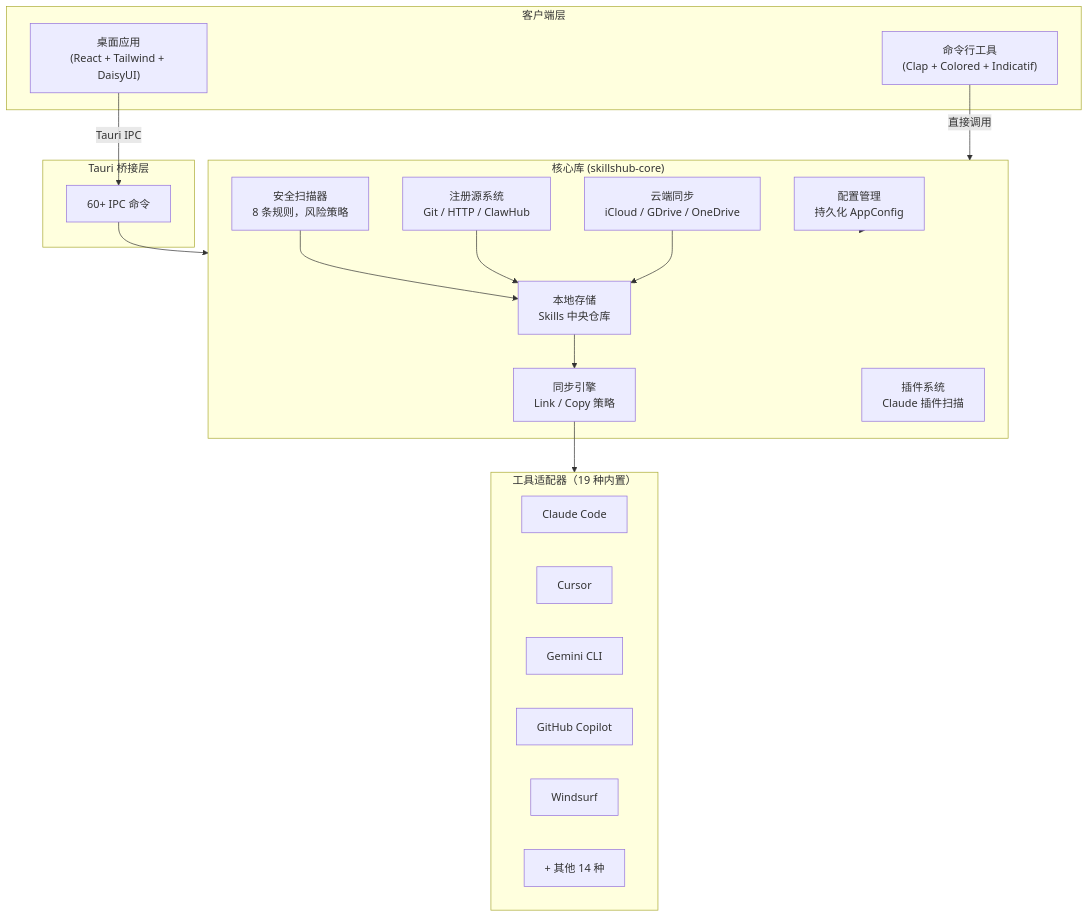
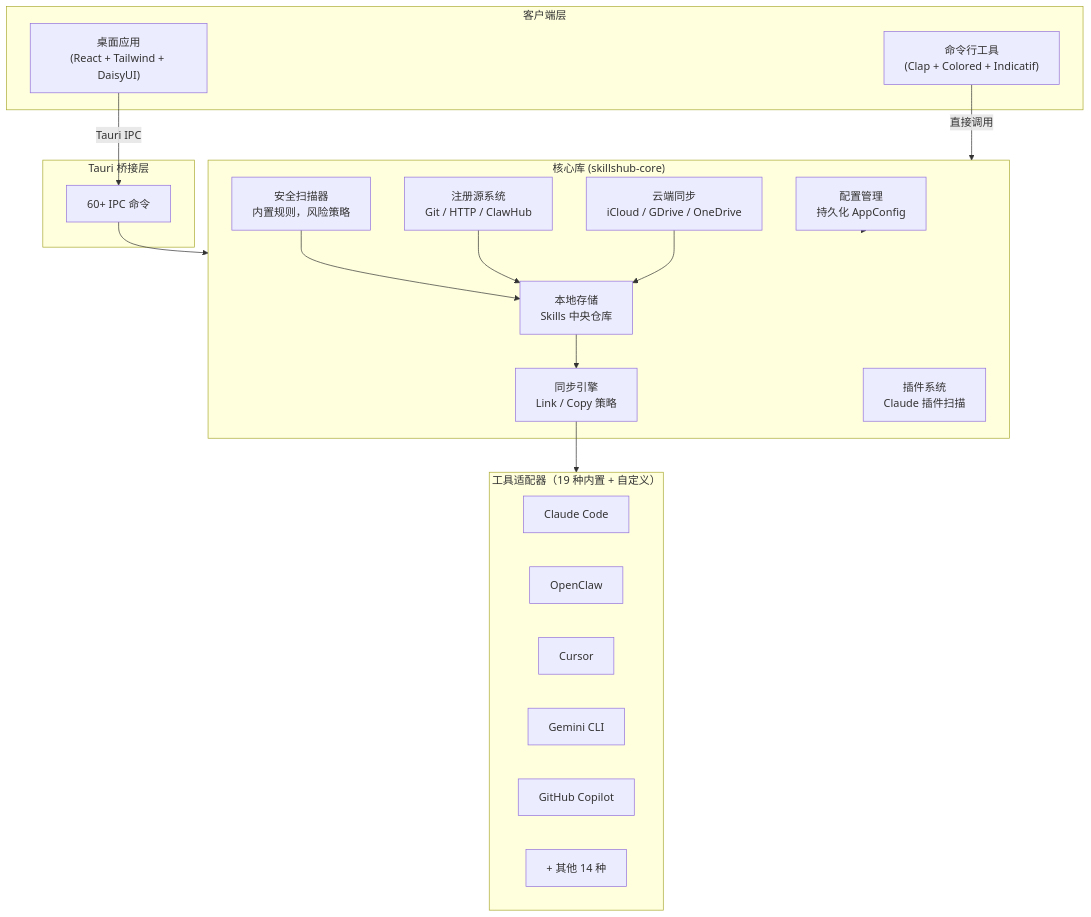
The diagram in README_CN.md (shiwenwen/SkillsHub), drawn with Mermaid before and after one commit. The commit also changed other lines of this file and 1 other file, not shown here.

````diff
--- a/README_CN.md
+++ b/README_CN.md
@@ -73,41 +72,41 @@
 ```mermaid
 graph TB
     subgraph Client["客户端层"]
         UI["桌面应用<br/>(React + Tailwind + DaisyUI)"]
         CLI["命令行工具<br/>(Clap + Colored + Indicatif)"]
     end
 
     subgraph Tauri["Tauri 桥接层"]
         CMD["60+ IPC 命令"]
     end
 
     subgraph Core["核心库 (skillshub-core)"]
         Store["本地存储<br/>Skills 中央仓库"]
         Sync["同步引擎<br/>Link / Copy 策略"]
-        Scanner["安全扫描器<br/>8 条规则，风险策略"]
+        Scanner["安全扫描器<br/>内置规则，风险策略"]
         Registry["注册源系统<br/>Git / HTTP / ClawHub"]
         Cloud["云端同步<br/>iCloud / GDrive / OneDrive"]
         Plugins["插件系统<br/>Claude 插件扫描"]
         Config["配置管理<br/>持久化 AppConfig"]
     end
 
-    subgraph Adapters["工具适配器（19 种内置）"]
+    subgraph Adapters["工具适配器（19 种内置 + 自定义）"]
         direction LR
         A1["Claude Code"]
-        A2["Cursor"]
-        A3["Gemini CLI"]
-        A4["GitHub Copilot"]
-        A5["Windsurf"]
+        A2["OpenClaw"]
+        A3["Cursor"]
+        A4["Gemini CLI"]
+        A5["GitHub Copilot"]
         A6["+ 其他 14 种"]
     end
 
     UI -->|Tauri IPC| CMD
     CLI -->|直接调用| Core
     CMD --> Core
     Store --> Sync
     Sync --> Adapters
     Registry --> Store
     Scanner --> Store
     Cloud --> Store
     Config --> Core
 ```
````
